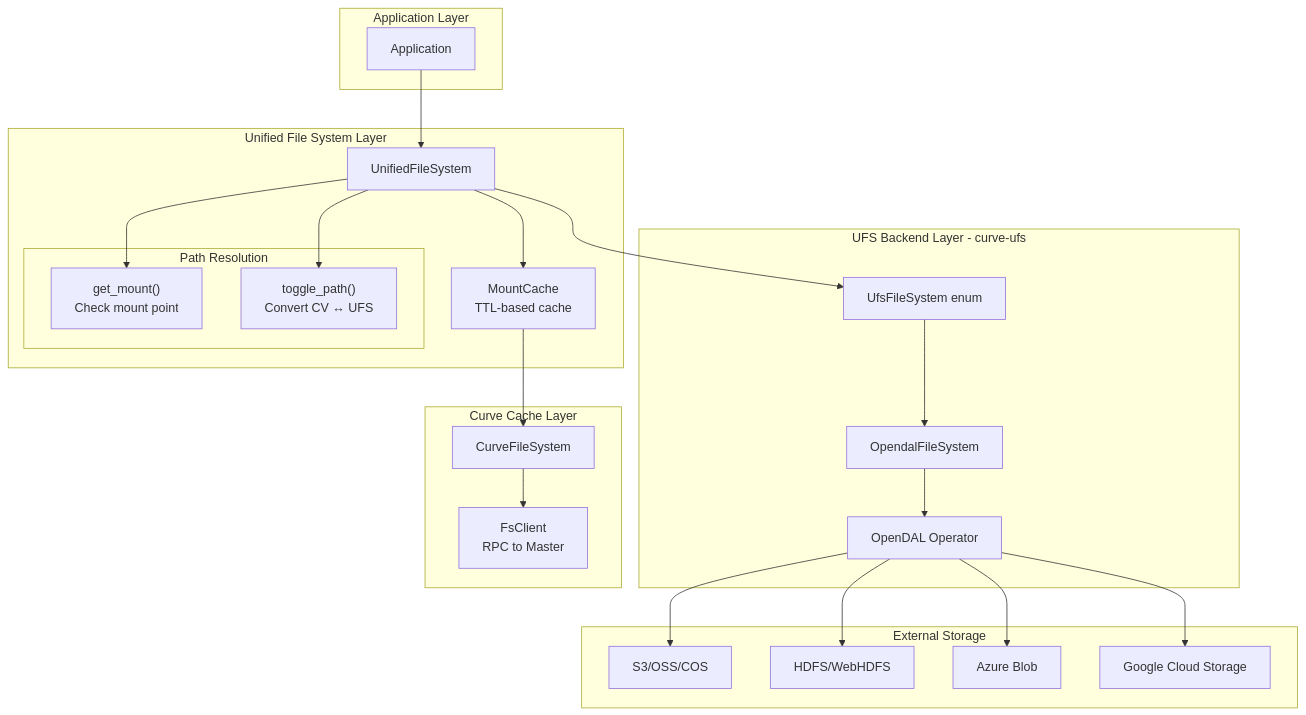
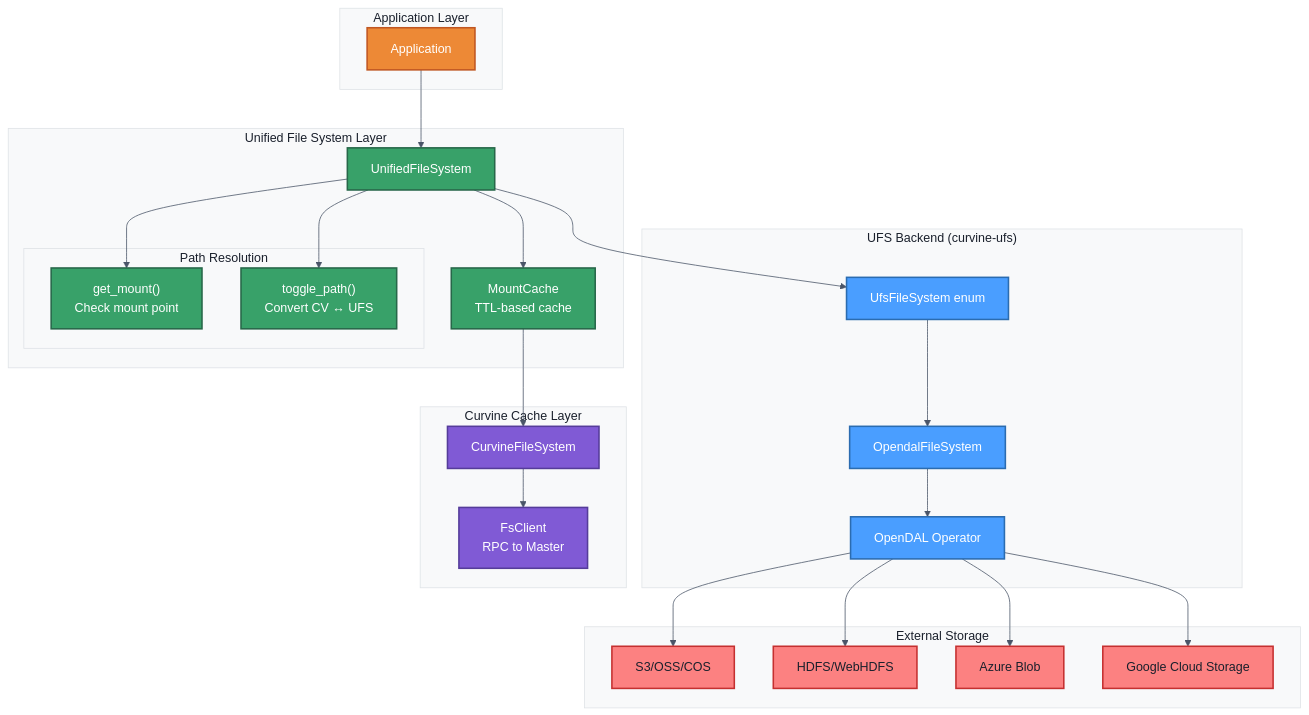
One commit to CurvineIO/curvine-doc changed the diagram in docs/3-User-Manuals/1-Key-Features/01-ufs.md. Above: the diagram before and after it, drawn with Mermaid. The commit also changed other lines of this file and 43 other files, not shown here.

Commit message:
docs: enhance architecture and deployment documentation (#43)

````diff
--- a/docs/3-User-Manuals/1-Key-Features/01-ufs.md
+++ b/docs/3-User-Manuals/1-Key-Features/01-ufs.md
@@ -5,48 +5,60 @@
 ```mermaid
+%%{init: {'theme': 'base', 'themeVariables': { 'background': '#ffffff', 'primaryColor': '#4a9eff', 'primaryTextColor': '#1a202c', 'primaryBorderColor': '#3182ce', 'lineColor': '#4a5568', 'secondaryColor': '#805ad5', 'tertiaryColor': '#38a169', 'mainBkg': '#ffffff', 'nodeBorder': '#4a5568', 'clusterBkg': '#f8f9fa', 'clusterBorder': '#dee2e6', 'titleColor': '#1a202c'}}}%%
 flowchart TD
-    subgraph Application Layer
+    subgraph Application_Layer["Application Layer"]
         App[Application]
     end
 
-    subgraph UFS Backend Layer - curve-ufs
+    subgraph UFS_Backend["UFS Backend (curvine-ufs)"]
         UEnum[UfsFileSystem enum]
         OFS[OpendalFileSystem]
         ODO[OpenDAL Operator]
     end
 
-    subgraph Unified File System Layer
+    subgraph Unified_FS["Unified File System Layer"]
         UFS[UnifiedFileSystem]
-        
-        subgraph Path Resolution
+        subgraph Path_Resolution["Path Resolution"]
             GM["get_mount()"<br/>Check mount point]
             TP["toggle_path()"<br/>Convert CV ↔ UFS]
         end
         MC[MountCache<br/>TTL-based cache]
     end
 
-    subgraph External Storage
+    subgraph External_Storage["External Storage"]
         S3[S3/OSS/COS]
         HDFS[HDFS/WebHDFS]
         Azure[Azure Blob]
         GCS[Google Cloud Storage]
     end
 
-    subgraph Curve Cache Layer
-        CFS[CurveFileSystem]
+    subgraph Curvine_Cache["Curvine Cache Layer"]
+        CFS[CurvineFileSystem]
         FSC[FsClient<br/>RPC to Master]
     end
 
     App --> UFS
     UFS --> GM
     UFS --> TP
     UFS --> MC
     UFS --> UEnum
     MC --> CFS
     CFS --> FSC
     UEnum --> OFS
     OFS --> ODO
     ODO --> S3
     ODO --> HDFS
     ODO --> Azure
     ODO --> GCS
+
+    %% Styles (align with deployment-architecture / bare-metal)
+    classDef appStyle fill:#ed8936,stroke:#c05621,color:#fff,stroke-width:2px
+    classDef ufsStyle fill:#4a9eff,stroke:#2b6cb0,color:#fff,stroke-width:2px
+    classDef unifiedStyle fill:#38a169,stroke:#276749,color:#fff,stroke-width:2px
+    classDef storageStyle fill:#fc8181,stroke:#c53030,color:#1a202c,stroke-width:2px
+    classDef cacheStyle fill:#805ad5,stroke:#553c9a,color:#fff,stroke-width:2px
+    class App appStyle
+    class UEnum,OFS,ODO ufsStyle
+    class UFS,GM,TP,MC unifiedStyle
+    class S3,HDFS,Azure,GCS storageStyle
+    class CFS,FSC cacheStyle
 ```
````
